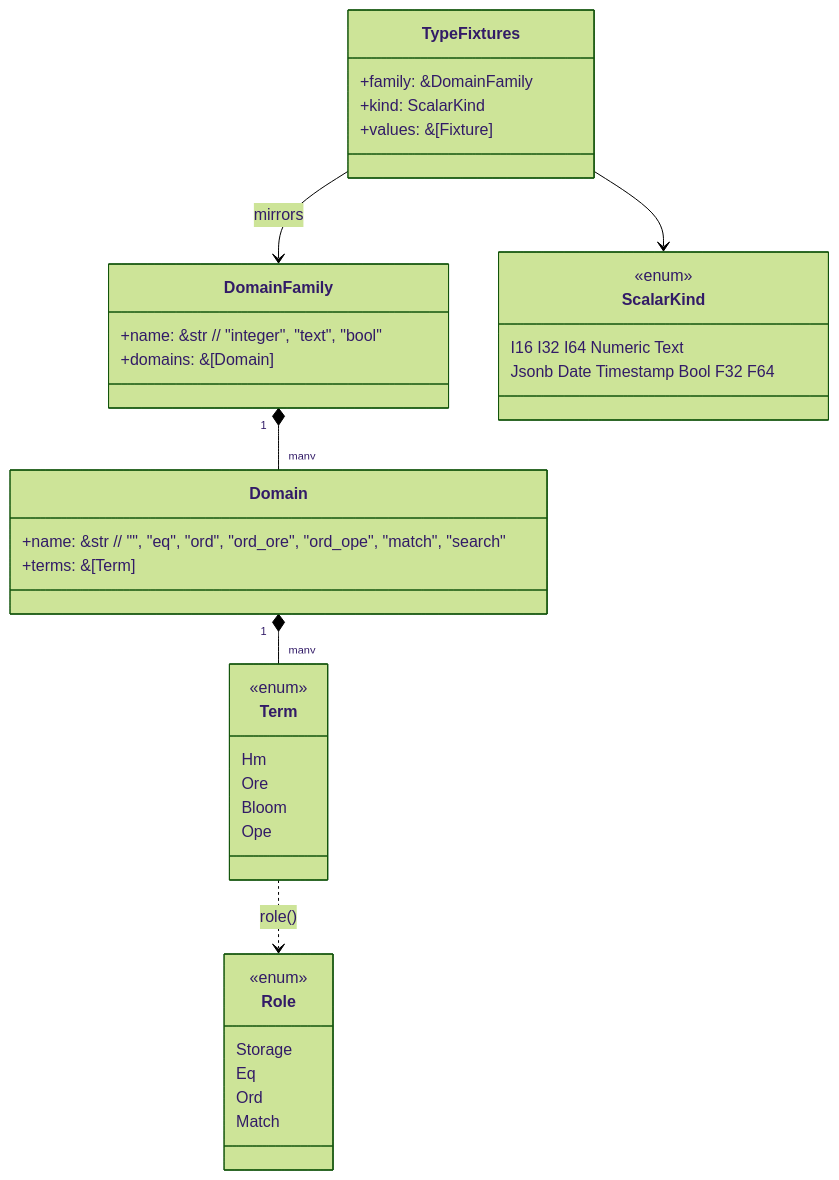
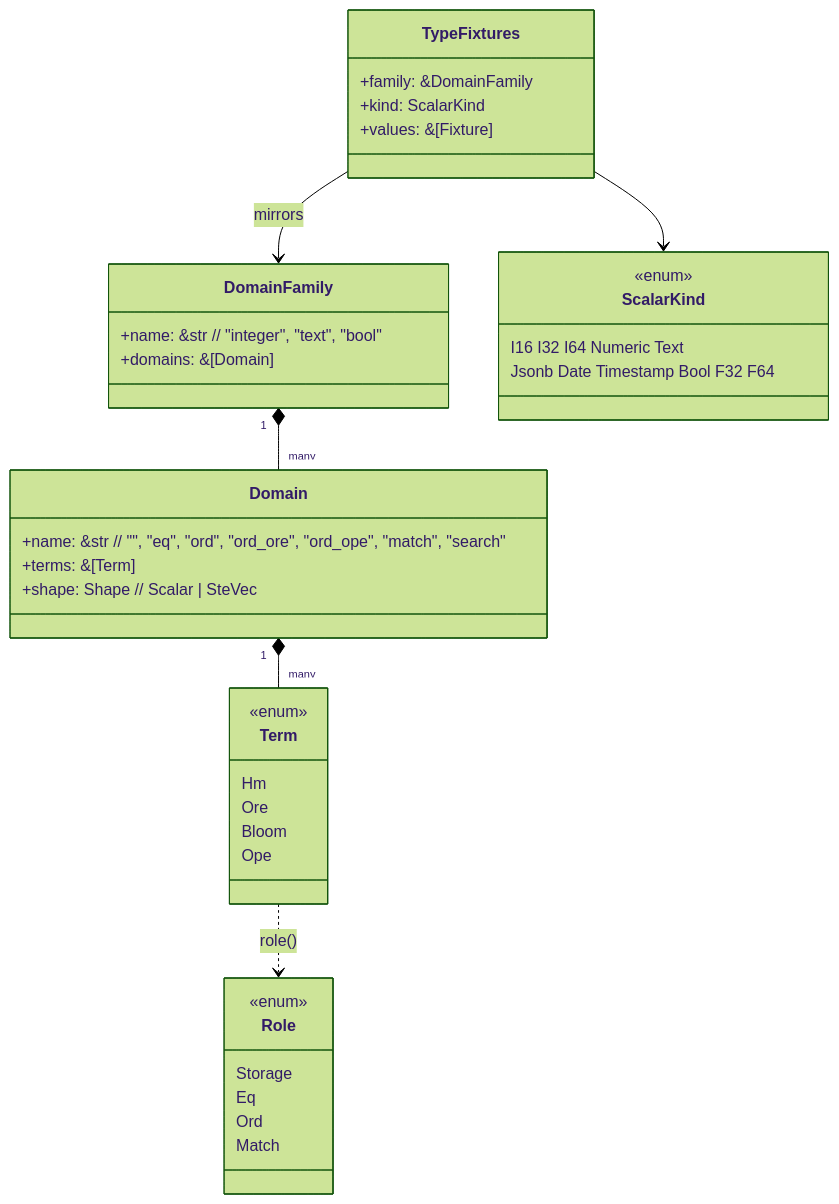
Before and after one commit to cipherstash/encrypt-query-language: the second of 15 diagrams in docs/reference/catalog-driven-architecture.md, drawn with Mermaid (forest theme). The commit also changed other lines of this file and 15 other files, not shown here.

````diff
--- a/docs/reference/catalog-driven-architecture.md
+++ b/docs/reference/catalog-driven-architecture.md
@@ -83,40 +83,41 @@
 ```mermaid
 classDiagram
     class DomainFamily {
         +name: &str        // "integer", "text", "bool"
         +domains: &[Domain]
     }
     class Domain {
         +name: &str        // "", "eq", "ord", "ord_ore", "ord_ope", "match", "search"
         +terms: &[Term]
+        +shape: Shape      // Scalar | SteVec
     }
     class Term {
         <<enum>>
         Hm
         Ore
         Bloom
         Ope
     }
     class Role {
         <<enum>>
         Storage
         Eq
         Ord
         Match
     }
     class ScalarKind {
         <<enum>>
         I16 I32 I64 Numeric Text
         Jsonb Date Timestamp Bool F32 F64
     }
     class TypeFixtures {
         +family: &DomainFamily
         +kind: ScalarKind
         +values: &[Fixture]
     }
     DomainFamily "1" *-- "many" Domain
     Domain "1" *-- "many" Term
     Term ..> Role : role()
     TypeFixtures --> DomainFamily : mirrors
     TypeFixtures --> ScalarKind
 ```
````
